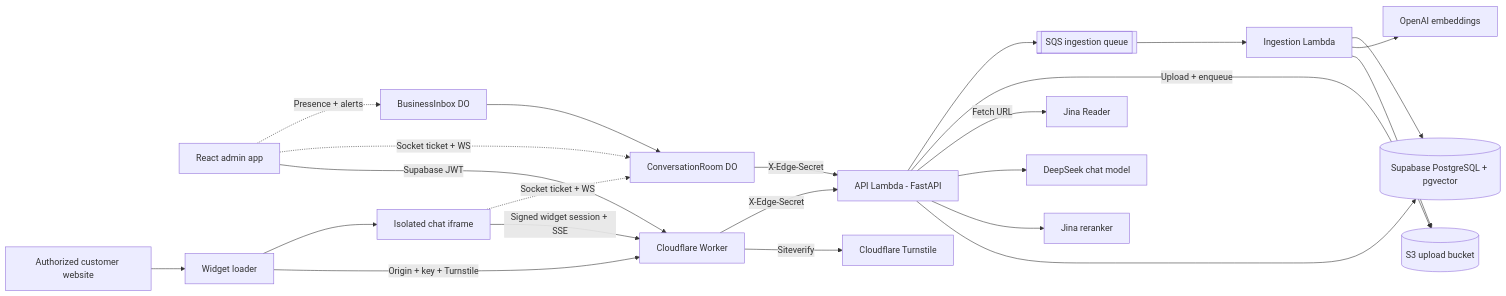
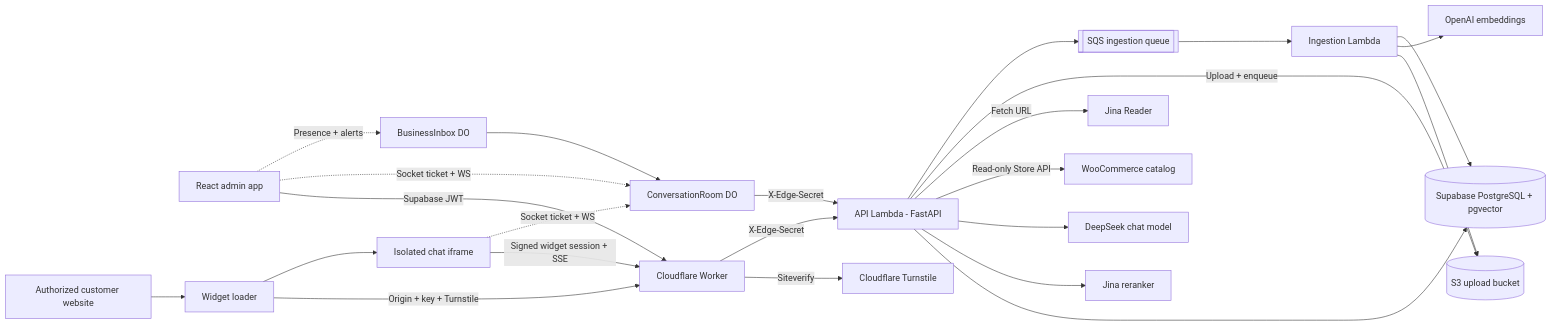
Before and after one commit to spapafot/frontdesk: the diagram in README.md, drawn with Mermaid. The commit also changed other lines of this file and 28 other files, not shown here.

````diff
--- a/README.md
+++ b/README.md
@@ -62,25 +77,26 @@
 ```mermaid
 flowchart LR
     Admin[React admin app] -->|Supabase JWT| Edge[Cloudflare Worker]
     Site[Authorized customer website] --> Loader[Widget loader]
     Loader -->|Origin + key + Turnstile| Edge
     Loader --> Iframe[Isolated chat iframe]
     Iframe -->|Signed widget session + SSE| Edge
     Iframe -.->|Socket ticket + WS| Room[ConversationRoom DO]
     Admin -.->|Socket ticket + WS| Room
     Admin -.->|Presence + alerts| Inbox[BusinessInbox DO]
     Room -->|X-Edge-Secret| API
     Inbox --> Room
     Edge -->|Siteverify| TS[Cloudflare Turnstile]
     Edge -->|X-Edge-Secret| API[API Lambda - FastAPI]
     API --> DB[(Supabase PostgreSQL + pgvector)]
     API --> Rerank[Jina reranker]
     API --> Chat[DeepSeek chat model]
+    API -->|Read-only Store API| Woo[WooCommerce catalog]
     API -->|Fetch URL| Reader[Jina Reader]
     API -->|Upload + enqueue| S3[(S3 upload bucket)]
     API --> Queue[[SQS ingestion queue]]
     Queue --> Ingest[Ingestion Lambda]
     Ingest --> S3
     Ingest --> Embed[OpenAI embeddings]
     Ingest --> DB
 ```
````
